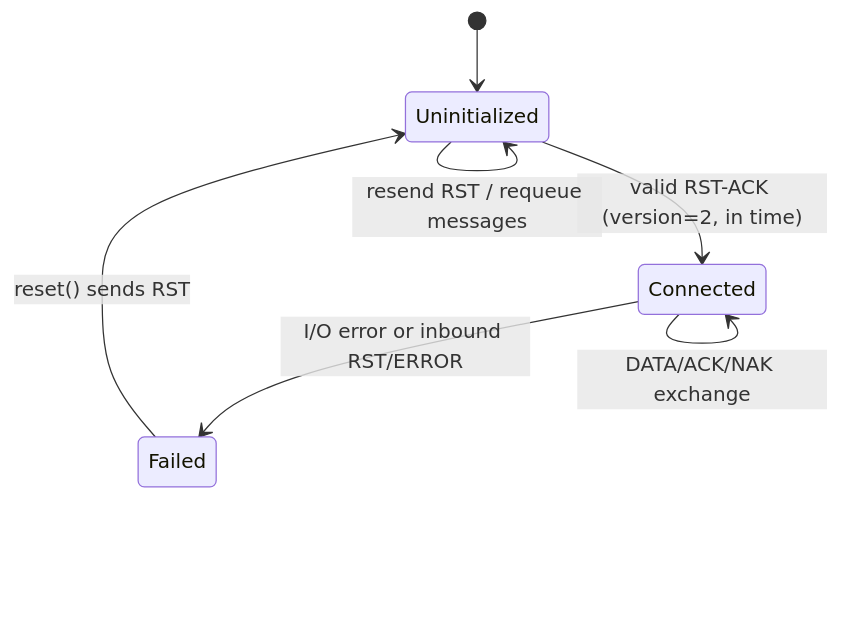
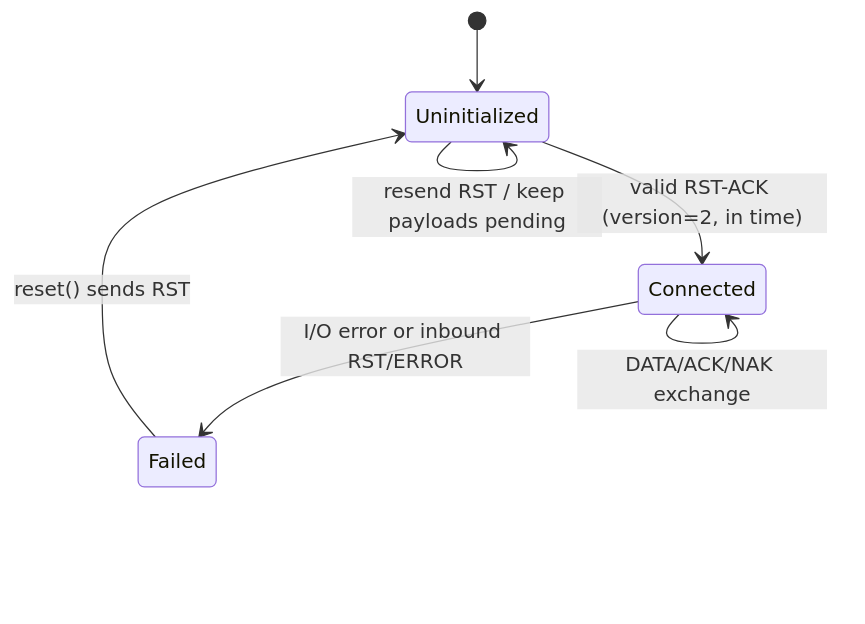
The second of 6 diagrams in ARCHITECTURE.md (uplg/ashv2), drawn with Mermaid before and after one commit. The commit also changed other lines of this file and 4 other files, not shown here.

````diff
--- a/ARCHITECTURE.md
+++ b/ARCHITECTURE.md
@@ -85,9 +85,9 @@
 ```mermaid
 stateDiagram-v2
     [*] --> Uninitialized
     Uninitialized --> Connected: valid RST-ACK (version=2, in time)
-    Uninitialized --> Uninitialized: resend RST / requeue messages
+    Uninitialized --> Uninitialized: resend RST / keep payloads pending
     Connected --> Failed: I/O error or inbound RST/ERROR
     Failed --> Uninitialized: reset() sends RST
     Connected --> Connected: DATA/ACK/NAK exchange
 ```
````
